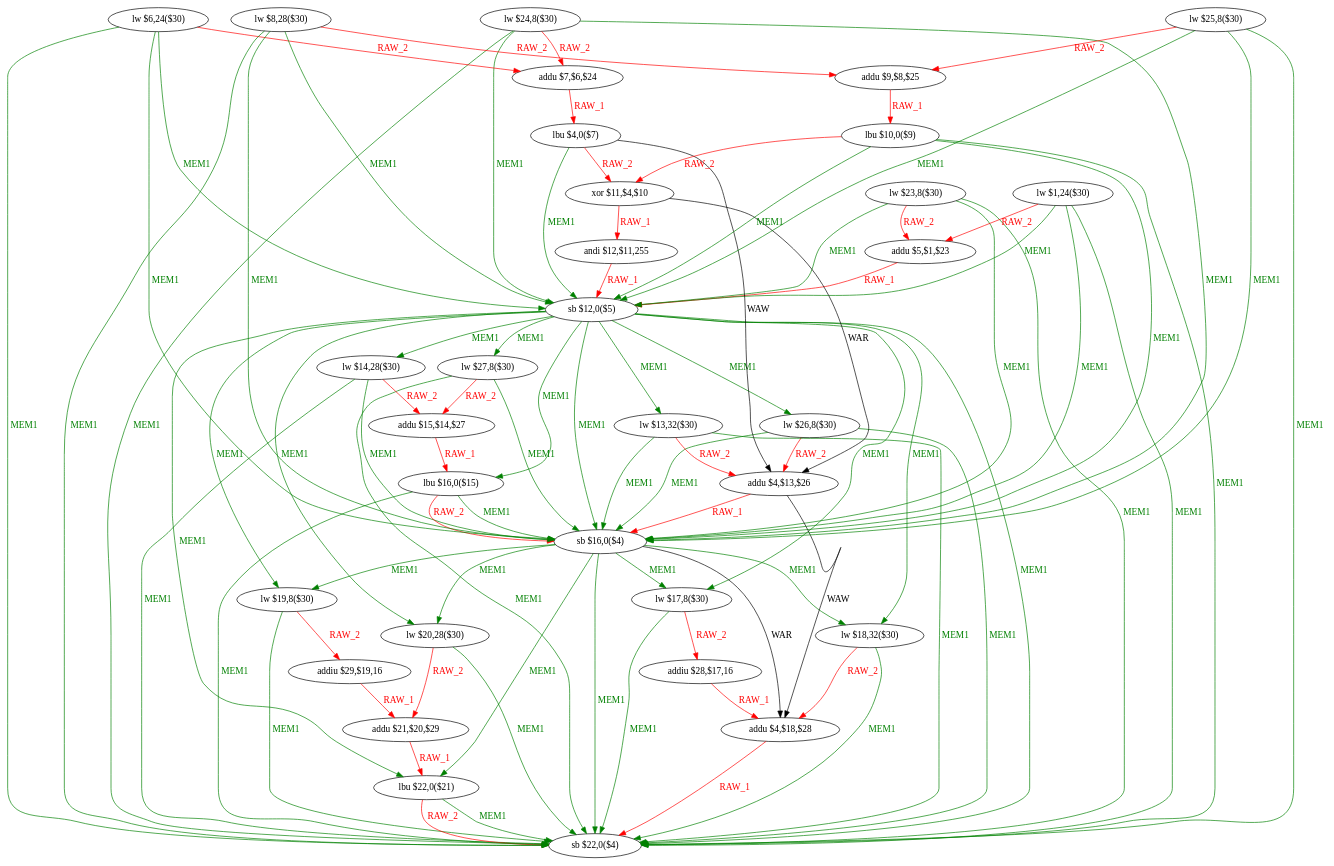
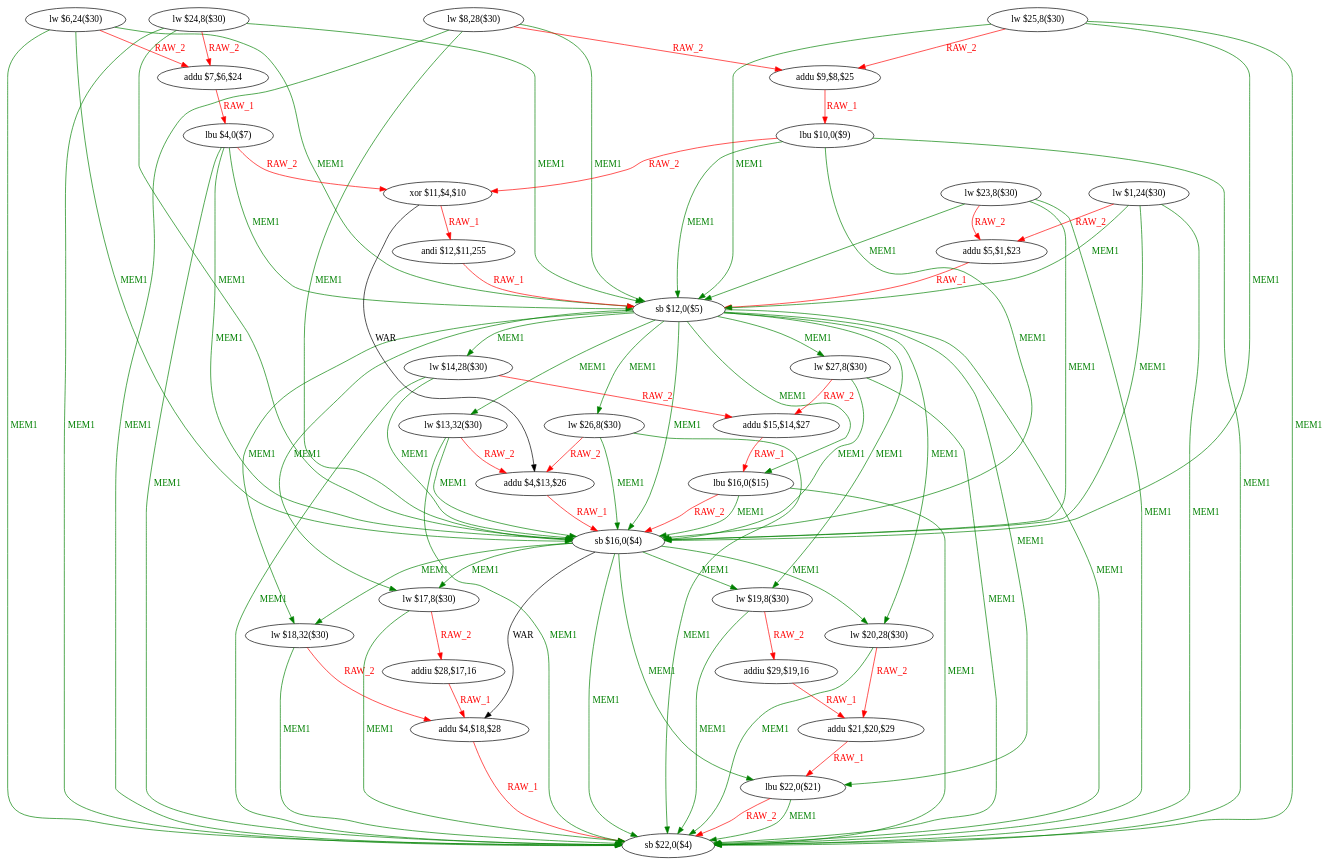
Before and after one commit to lisuxue/CA: the diagram in CoursCA/CodeEtudiant2019/CodeEtudiant/tmp/aes_O0_func_4_dfg_bb1_renamed.dot, drawn with Graphviz. The commit also changed 169 other files, not shown here.

```diff
--- a/CoursCA/CodeEtudiant2019/CodeEtudiant/tmp/aes_O0_func_4_dfg_bb1_renamed.dot
+++ b/CoursCA/CodeEtudiant2019/CodeEtudiant/tmp/aes_O0_func_4_dfg_bb1_renamed.dot
@@ -1,123 +1,123 @@
 digraph G1 {
 node [shape = ellipse];
 i0 [label = "lw $23,8($30)"] ;
+i0 ->  i31 [color = green, fontcolor = green, label= "MEM1"];
+i0 ->  i21 [color = green, fontcolor = green, label= "MEM1"];
+i0 ->  i13 [color = green, fontcolor = green, label= "MEM1"];
 i0 ->  i2 [color = red, fontcolor = red, label= "RAW_2"];
-i0 ->  i13 [color = green, fontcolor = green, label= "MEM1"];
-i0 ->  i21 [color = green, fontcolor = green, label= "MEM1"];
-i0 ->  i31 [color = green, fontcolor = green, label= "MEM1"];
+i31 [label = "sb $22,0($4)"] ;
+i21 [label = "sb $16,0($4)"] ;
+i21 ->  i31 [color = green, fontcolor = green, label= "MEM1"];
+i21 ->  i30 [color = green, fontcolor = green, label= "MEM1"];
+i21 ->  i28 [color = green, fontcolor = green, label= "MEM1"];
+i21 ->  i26 [color = green, fontcolor = green, label= "MEM1"];
+i21 ->  i25 [label= "WAR"];
+i21 ->  i24 [color = green, fontcolor = green, label= "MEM1"];
+i21 ->  i22 [color = green, fontcolor = green, label= "MEM1"];
+i30 [label = "lbu $22,0($21)"] ;
+i30 ->  i31 [color = red, fontcolor = red, label= "RAW_2"];
+i30 ->  i31 [color = green, fontcolor = green, label= "MEM1"];
+i28 [label = "lw $20,28($30)"] ;
+i28 ->  i31 [color = green, fontcolor = green, label= "MEM1"];
+i28 ->  i29 [color = red, fontcolor = red, label= "RAW_2"];
+i29 [label = "addu $21,$20,$29"] ;
+i29 ->  i30 [color = red, fontcolor = red, label= "RAW_1"];
+i26 [label = "lw $19,8($30)"] ;
+i26 ->  i31 [color = green, fontcolor = green, label= "MEM1"];
+i26 ->  i27 [color = red, fontcolor = red, label= "RAW_2"];
+i27 [label = "addiu $29,$19,16"] ;
+i27 ->  i29 [color = red, fontcolor = red, label= "RAW_1"];
+i25 [label = "addu $4,$18,$28"] ;
+i25 ->  i31 [color = red, fontcolor = red, label= "RAW_1"];
+i24 [label = "lw $18,32($30)"] ;
+i24 ->  i31 [color = green, fontcolor = green, label= "MEM1"];
+i24 ->  i25 [color = red, fontcolor = red, label= "RAW_2"];
+i22 [label = "lw $17,8($30)"] ;
+i22 ->  i31 [color = green, fontcolor = green, label= "MEM1"];
+i22 ->  i23 [color = red, fontcolor = red, label= "RAW_2"];
+i23 [label = "addiu $28,$17,16"] ;
+i23 ->  i25 [color = red, fontcolor = red, label= "RAW_1"];
+i13 [label = "sb $12,0($5)"] ;
+i13 ->  i31 [color = green, fontcolor = green, label= "MEM1"];
+i13 ->  i30 [color = green, fontcolor = green, label= "MEM1"];
+i13 ->  i28 [color = green, fontcolor = green, label= "MEM1"];
+i13 ->  i26 [color = green, fontcolor = green, label= "MEM1"];
+i13 ->  i24 [color = green, fontcolor = green, label= "MEM1"];
+i13 ->  i22 [color = green, fontcolor = green, label= "MEM1"];
+i13 ->  i21 [color = green, fontcolor = green, label= "MEM1"];
+i13 ->  i20 [color = green, fontcolor = green, label= "MEM1"];
+i13 ->  i18 [color = green, fontcolor = green, label= "MEM1"];
+i13 ->  i17 [color = green, fontcolor = green, label= "MEM1"];
+i13 ->  i15 [color = green, fontcolor = green, label= "MEM1"];
+i13 ->  i14 [color = green, fontcolor = green, label= "MEM1"];
+i20 [label = "lbu $16,0($15)"] ;
+i20 ->  i31 [color = green, fontcolor = green, label= "MEM1"];
+i20 ->  i21 [color = red, fontcolor = red, label= "RAW_2"];
+i20 ->  i21 [color = green, fontcolor = green, label= "MEM1"];
+i18 [label = "lw $27,8($30)"] ;
+i18 ->  i31 [color = green, fontcolor = green, label= "MEM1"];
+i18 ->  i21 [color = green, fontcolor = green, label= "MEM1"];
+i18 ->  i19 [color = red, fontcolor = red, label= "RAW_2"];
+i19 [label = "addu $15,$14,$27"] ;
+i19 ->  i20 [color = red, fontcolor = red, label= "RAW_1"];
+i17 [label = "lw $14,28($30)"] ;
+i17 ->  i31 [color = green, fontcolor = green, label= "MEM1"];
+i17 ->  i21 [color = green, fontcolor = green, label= "MEM1"];
+i17 ->  i19 [color = red, fontcolor = red, label= "RAW_2"];
+i15 [label = "lw $13,32($30)"] ;
+i15 ->  i31 [color = green, fontcolor = green, label= "MEM1"];
+i15 ->  i21 [color = green, fontcolor = green, label= "MEM1"];
+i15 ->  i16 [color = red, fontcolor = red, label= "RAW_2"];
+i16 [label = "addu $4,$13,$26"] ;
+i16 ->  i21 [color = red, fontcolor = red, label= "RAW_1"];
+i14 [label = "lw $26,8($30)"] ;
+i14 ->  i31 [color = green, fontcolor = green, label= "MEM1"];
+i14 ->  i21 [color = green, fontcolor = green, label= "MEM1"];
+i14 ->  i16 [color = red, fontcolor = red, label= "RAW_2"];
 i2 [label = "addu $5,$1,$23"] ;
 i2 ->  i13 [color = red, fontcolor = red, label= "RAW_1"];
-i13 [label = "sb $12,0($5)"] ;
-i13 ->  i14 [color = green, fontcolor = green, label= "MEM1"];
-i13 ->  i15 [color = green, fontcolor = green, label= "MEM1"];
-i13 ->  i17 [color = green, fontcolor = green, label= "MEM1"];
-i13 ->  i18 [color = green, fontcolor = green, label= "MEM1"];
-i13 ->  i20 [color = green, fontcolor = green, label= "MEM1"];
-i13 ->  i21 [color = green, fontcolor = green, label= "MEM1"];
-i13 ->  i22 [color = green, fontcolor = green, label= "MEM1"];
-i13 ->  i24 [color = green, fontcolor = green, label= "MEM1"];
-i13 ->  i26 [color = green, fontcolor = green, label= "MEM1"];
-i13 ->  i28 [color = green, fontcolor = green, label= "MEM1"];
-i13 ->  i30 [color = green, fontcolor = green, label= "MEM1"];
-i13 ->  i31 [color = green, fontcolor = green, label= "MEM1"];
-i14 [label = "lw $26,8($30)"] ;
-i14 ->  i16 [color = red, fontcolor = red, label= "RAW_2"];
-i14 ->  i21 [color = green, fontcolor = green, label= "MEM1"];
-i14 ->  i31 [color = green, fontcolor = green, label= "MEM1"];
-i16 [label = "addu $4,$13,$26"] ;
-i16 ->  i21 [color = red, fontcolor = red, label= "RAW_1"];
-i16 ->  i25 [label= "WAW"];
-i21 [label = "sb $16,0($4)"] ;
-i21 ->  i22 [color = green, fontcolor = green, label= "MEM1"];
-i21 ->  i24 [color = green, fontcolor = green, label= "MEM1"];
-i21 ->  i25 [label= "WAR"];
-i21 ->  i26 [color = green, fontcolor = green, label= "MEM1"];
-i21 ->  i28 [color = green, fontcolor = green, label= "MEM1"];
-i21 ->  i30 [color = green, fontcolor = green, label= "MEM1"];
-i21 ->  i31 [color = green, fontcolor = green, label= "MEM1"];
-i22 [label = "lw $17,8($30)"] ;
-i22 ->  i23 [color = red, fontcolor = red, label= "RAW_2"];
-i22 ->  i31 [color = green, fontcolor = green, label= "MEM1"];
-i23 [label = "addiu $28,$17,16"] ;
-i23 ->  i25 [color = red, fontcolor = red, label= "RAW_1"];
-i25 [label = "addu $4,$18,$28"] ;
-i25 ->  i31 [color = red, fontcolor = red, label= "RAW_1"];
-i31 [label = "sb $22,0($4)"] ;
-i24 [label = "lw $18,32($30)"] ;
-i24 ->  i25 [color = red, fontcolor = red, label= "RAW_2"];
-i24 ->  i31 [color = green, fontcolor = green, label= "MEM1"];
-i26 [label = "lw $19,8($30)"] ;
-i26 ->  i27 [color = red, fontcolor = red, label= "RAW_2"];
-i26 ->  i31 [color = green, fontcolor = green, label= "MEM1"];
-i27 [label = "addiu $29,$19,16"] ;
-i27 ->  i29 [color = red, fontcolor = red, label= "RAW_1"];
-i29 [label = "addu $21,$20,$29"] ;
-i29 ->  i30 [color = red, fontcolor = red, label= "RAW_1"];
-i30 [label = "lbu $22,0($21)"] ;
-i30 ->  i31 [color = green, fontcolor = green, label= "MEM1"];
-i30 ->  i31 [color = red, fontcolor = red, label= "RAW_2"];
-i28 [label = "lw $20,28($30)"] ;
-i28 ->  i29 [color = red, fontcolor = red, label= "RAW_2"];
-i28 ->  i31 [color = green, fontcolor = green, label= "MEM1"];
-i15 [label = "lw $13,32($30)"] ;
-i15 ->  i16 [color = red, fontcolor = red, label= "RAW_2"];
-i15 ->  i21 [color = green, fontcolor = green, label= "MEM1"];
-i15 ->  i31 [color = green, fontcolor = green, label= "MEM1"];
-i17 [label = "lw $27,8($30)"] ;
-i17 ->  i19 [color = red, fontcolor = red, label= "RAW_2"];
-i17 ->  i21 [color = green, fontcolor = green, label= "MEM1"];
-i17 ->  i31 [color = green, fontcolor = green, label= "MEM1"];
-i19 [label = "addu $15,$14,$27"] ;
-i19 ->  i20 [color = red, fontcolor = red, label= "RAW_1"];
-i20 [label = "lbu $16,0($15)"] ;
-i20 ->  i21 [color = green, fontcolor = green, label= "MEM1"];
-i20 ->  i21 [color = red, fontcolor = red, label= "RAW_2"];
-i20 ->  i31 [color = green, fontcolor = green, label= "MEM1"];
-i18 [label = "lw $14,28($30)"] ;
-i18 ->  i19 [color = red, fontcolor = red, label= "RAW_2"];
-i18 ->  i21 [color = green, fontcolor = green, label= "MEM1"];
-i18 ->  i31 [color = green, fontcolor = green, label= "MEM1"];
 i1 [label = "lw $1,24($30)"] ;
+i1 ->  i31 [color = green, fontcolor = green, label= "MEM1"];
+i1 ->  i21 [color = green, fontcolor = green, label= "MEM1"];
+i1 ->  i13 [color = green, fontcolor = green, label= "MEM1"];
 i1 ->  i2 [color = red, fontcolor = red, label= "RAW_2"];
-i1 ->  i13 [color = green, fontcolor = green, label= "MEM1"];
-i1 ->  i21 [color = green, fontcolor = green, label= "MEM1"];
-i1 ->  i31 [color = green, fontcolor = green, label= "MEM1"];
-i3 [label = "lw $24,8($30)"] ;
+i3 [label = "lw $6,24($30)"] ;
+i3 ->  i31 [color = green, fontcolor = green, label= "MEM1"];
+i3 ->  i21 [color = green, fontcolor = green, label= "MEM1"];
+i3 ->  i13 [color = green, fontcolor = green, label= "MEM1"];
 i3 ->  i5 [color = red, fontcolor = red, label= "RAW_2"];
-i3 ->  i13 [color = green, fontcolor = green, label= "MEM1"];
-i3 ->  i21 [color = green, fontcolor = green, label= "MEM1"];
-i3 ->  i31 [color = green, fontcolor = green, label= "MEM1"];
 i5 [label = "addu $7,$6,$24"] ;
 i5 ->  i6 [color = red, fontcolor = red, label= "RAW_1"];
 i6 [label = "lbu $4,0($7)"] ;
+i6 ->  i31 [color = green, fontcolor = green, label= "MEM1"];
+i6 ->  i21 [color = green, fontcolor = green, label= "MEM1"];
+i6 ->  i13 [color = green, fontcolor = green, label= "MEM1"];
 i6 ->  i11 [color = red, fontcolor = red, label= "RAW_2"];
-i6 ->  i13 [color = green, fontcolor = green, label= "MEM1"];
-i6 ->  i16 [label= "WAW"];
 i11 [label = "xor $11,$4,$10"] ;
+i11 ->  i16 [label= "WAR"];
 i11 ->  i12 [color = red, fontcolor = red, label= "RAW_1"];
-i11 ->  i16 [label= "WAR"];
 i12 [label = "andi $12,$11,255"] ;
 i12 ->  i13 [color = red, fontcolor = red, label= "RAW_1"];
-i4 [label = "lw $6,24($30)"] ;
+i4 [label = "lw $24,8($30)"] ;
+i4 ->  i31 [color = green, fontcolor = green, label= "MEM1"];
+i4 ->  i21 [color = green, fontcolor = green, label= "MEM1"];
+i4 ->  i13 [color = green, fontcolor = green, label= "MEM1"];
 i4 ->  i5 [color = red, fontcolor = red, label= "RAW_2"];
-i4 ->  i13 [color = green, fontcolor = green, label= "MEM1"];
-i4 ->  i21 [color = green, fontcolor = green, label= "MEM1"];
-i4 ->  i31 [color = green, fontcolor = green, label= "MEM1"];
-i7 [label = "lw $25,8($30)"] ;
+i7 [label = "lw $8,28($30)"] ;
+i7 ->  i31 [color = green, fontcolor = green, label= "MEM1"];
+i7 ->  i21 [color = green, fontcolor = green, label= "MEM1"];
+i7 ->  i13 [color = green, fontcolor = green, label= "MEM1"];
 i7 ->  i9 [color = red, fontcolor = red, label= "RAW_2"];
-i7 ->  i13 [color = green, fontcolor = green, label= "MEM1"];
-i7 ->  i21 [color = green, fontcolor = green, label= "MEM1"];
-i7 ->  i31 [color = green, fontcolor = green, label= "MEM1"];
 i9 [label = "addu $9,$8,$25"] ;
 i9 ->  i10 [color = red, fontcolor = red, label= "RAW_1"];
 i10 [label = "lbu $10,0($9)"] ;
+i10 ->  i31 [color = green, fontcolor = green, label= "MEM1"];
+i10 ->  i21 [color = green, fontcolor = green, label= "MEM1"];
+i10 ->  i13 [color = green, fontcolor = green, label= "MEM1"];
 i10 ->  i11 [color = red, fontcolor = red, label= "RAW_2"];
-i10 ->  i13 [color = green, fontcolor = green, label= "MEM1"];
-i10 ->  i21 [color = green, fontcolor = green, label= "MEM1"];
-i10 ->  i31 [color = green, fontcolor = green, label= "MEM1"];
-i8 [label = "lw $8,28($30)"] ;
+i8 [label = "lw $25,8($30)"] ;
+i8 ->  i31 [color = green, fontcolor = green, label= "MEM1"];
+i8 ->  i21 [color = green, fontcolor = green, label= "MEM1"];
+i8 ->  i13 [color = green, fontcolor = green, label= "MEM1"];
 i8 ->  i9 [color = red, fontcolor = red, label= "RAW_2"];
-i8 ->  i13 [color = green, fontcolor = green, label= "MEM1"];
-i8 ->  i21 [color = green, fontcolor = green, label= "MEM1"];
-i8 ->  i31 [color = green, fontcolor = green, label= "MEM1"];
 }
```
